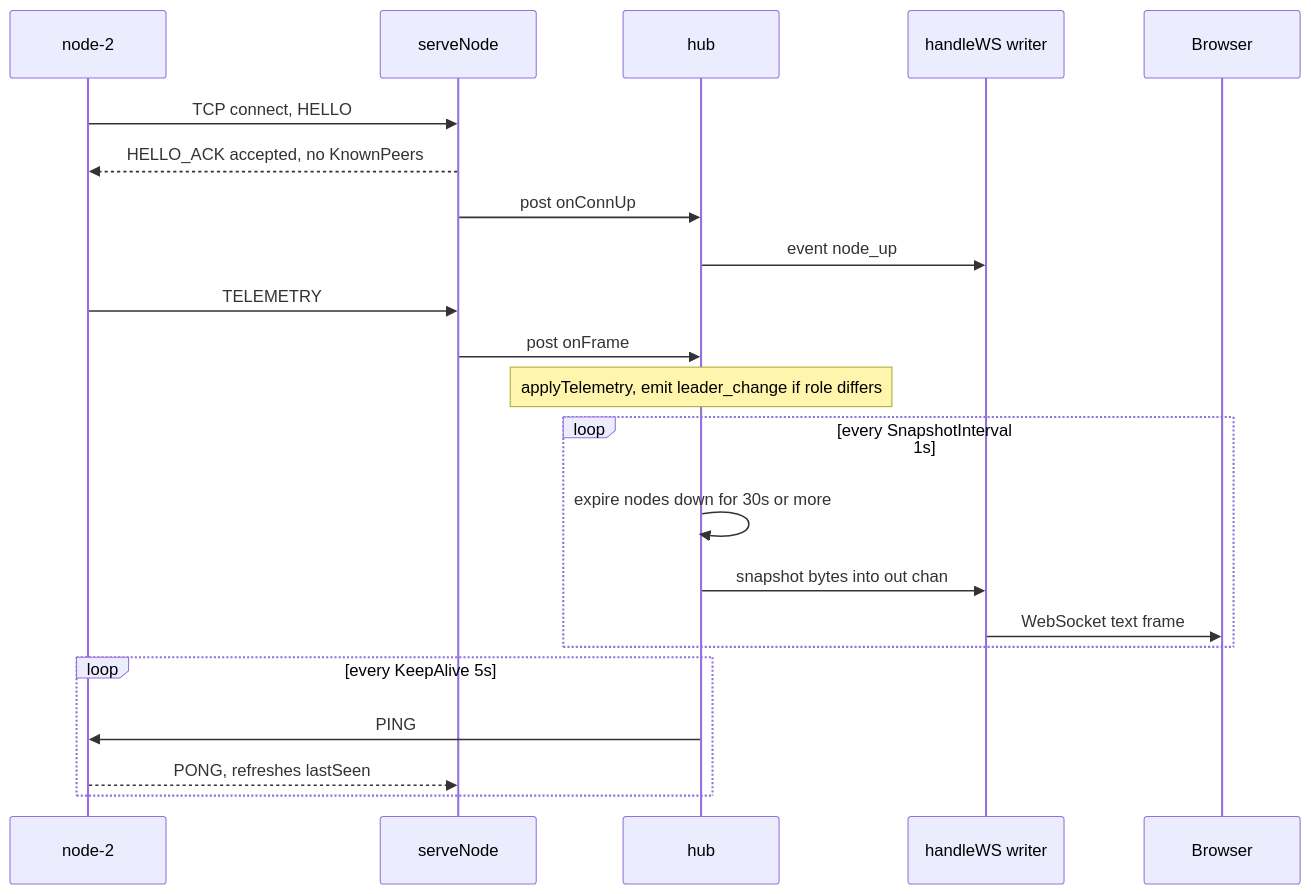
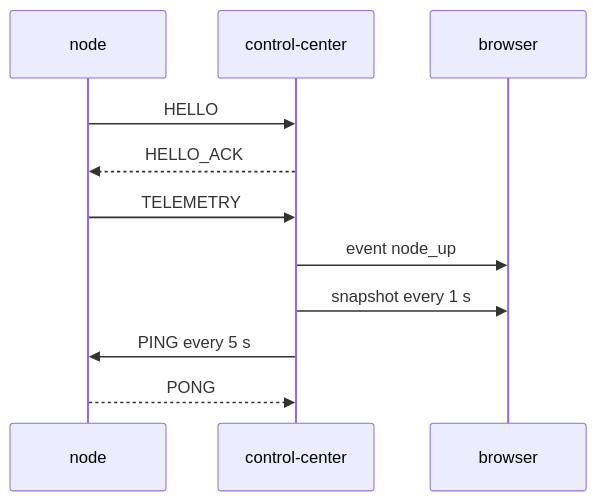
Before and after one commit to Aditya-Jyoti/swarm-communication: the third of 4 diagrams in docs/architecture/control-center.md, drawn with Mermaid. The commit also changed other lines of this file, not shown here.

Commit message:
docs(architecture): merge the control plane contract into the control center page

````diff
--- a/docs/architecture/control-center.md
+++ b/docs/architecture/control-center.md
@@ -185,25 +72,13 @@
 ```mermaid
 sequenceDiagram
-    participant N as node-2
-    participant SN as serveNode
-    participant H as hub
-    participant W as handleWS writer
-    participant B as Browser
-
-    N->>SN: TCP connect, HELLO
-    SN-->>N: HELLO_ACK accepted, no KnownPeers
-    SN->>H: post onConnUp
-    H->>W: event node_up
-    N->>SN: TELEMETRY
-    SN->>H: post onFrame
-    Note over H: applyTelemetry, emit leader_change if role differs
-    loop every SnapshotInterval 1s
-        H->>H: expire nodes down for 30s or more
-        H->>W: snapshot bytes into out chan
-        W->>B: WebSocket text frame
-    end
-    loop every KeepAlive 5s
-        H->>N: PING
-        N-->>SN: PONG, refreshes lastSeen
-    end
+    participant N as node
+    participant CC as control-center
+    participant B as browser
+    N->>CC: HELLO
+    CC-->>N: HELLO_ACK
+    N->>CC: TELEMETRY
+    CC->>B: event node_up
+    CC->>B: snapshot every 1 s
+    CC->>N: PING every 5 s
+    N-->>CC: PONG
 ```
````
